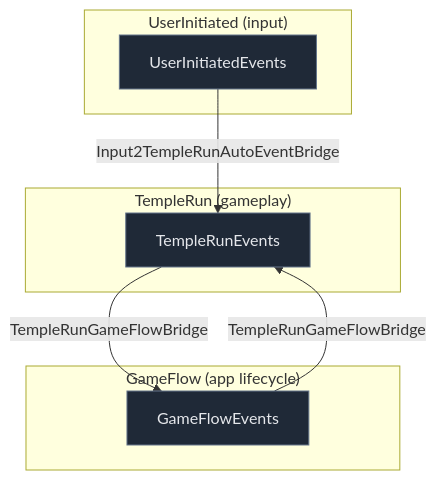
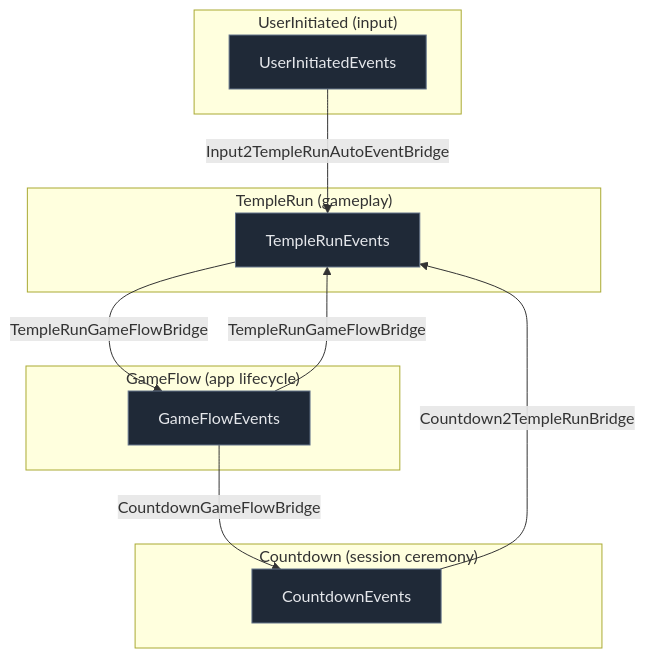
The first of 3 diagrams in docs/ARCHITECTURE.md (crawfis/EndlessRunnerTemplate), drawn with Mermaid before and after one commit. The commit also changed other lines of this file and 51 other files, not shown here.

````diff
--- a/docs/ARCHITECTURE.md
+++ b/docs/ARCHITECTURE.md
@@ -64,19 +64,24 @@
 ```mermaid
 flowchart TD
     subgraph Input["UserInitiated (input)"]
       UI[UserInitiatedEvents]
     end
     subgraph TR["TempleRun (gameplay)"]
       TRE[TempleRunEvents]
     end
     subgraph GF["GameFlow (app lifecycle)"]
       GFE[GameFlowEvents]
     end
+    subgraph CD["Countdown (session ceremony)"]
+      CDE[CountdownEvents]
+    end
 
     UI -- "Input2TempleRunAutoEventBridge" --> TRE
     TRE -- "TempleRunGameFlowBridge" --> GFE
     GFE -- "TempleRunGameFlowBridge" --> TRE
+    GFE -- "CountdownGameFlowBridge" --> CDE
+    CDE -- "Countdown2TempleRunBridge" --> TRE
 
     classDef d fill:#1f2937,stroke:#64748b,color:#e5e7eb;
-    class UI,TRE,GFE d;
+    class UI,TRE,GFE,CDE d;
 ```
````
